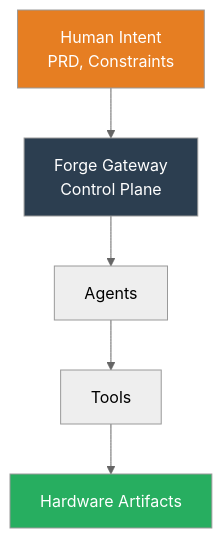
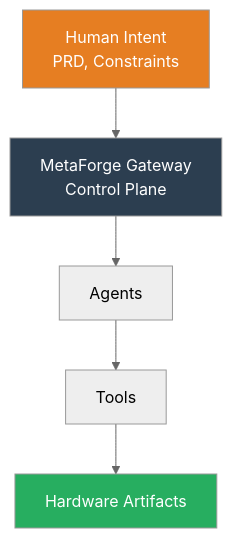
Before and after one commit to FidelOdok/MetaForge-Planner: the diagram in docs/index.md, drawn with Mermaid (neutral theme). The commit also changed other lines of this file and 25 other files, not shown here.

First line of the commit message:
refactor: rename project from Forge to MetaForge

````diff
--- a/docs/index.md
+++ b/docs/index.md
@@ -56,11 +56,11 @@
 ```mermaid
 graph TD
-    A[Human Intent<br/>PRD, Constraints] --> B[Forge Gateway<br/>Control Plane]
+    A[Human Intent<br/>PRD, Constraints] --> B[MetaForge Gateway<br/>Control Plane]
     B --> C[Agents]
     C --> D[Tools]
     D --> E[Hardware Artifacts]
 
     style A fill:#E67E22,color:#fff
     style B fill:#2C3E50,color:#fff
     style E fill:#27ae60,color:#fff
 ```
````
